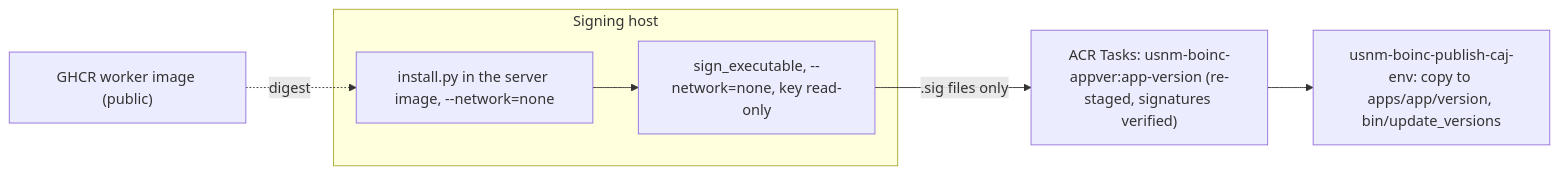
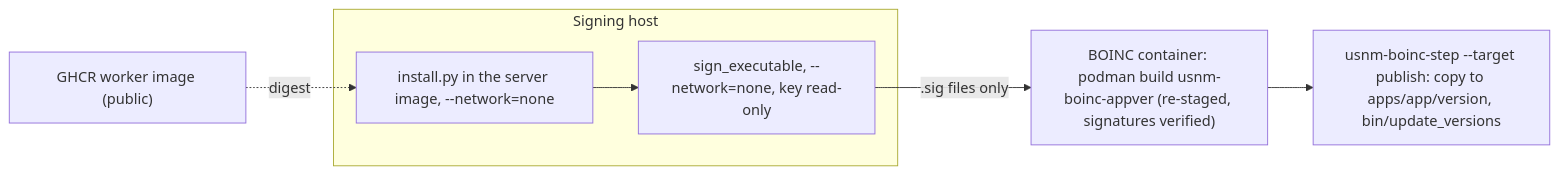
The diagram in docs/boinc/apps/app-release.md (tgoodyear/usnewsmap.com), drawn with Mermaid before and after one commit. The commit also changed other lines of this file and 10 other files, not shown here.

First line of the commit message:
docs(boinc/apps): one place each for releases, GPU admission and AMD

````diff
--- a/docs/boinc/apps/app-release.md
+++ b/docs/boinc/apps/app-release.md
@@ -504,9 +26,9 @@
 ```mermaid
 flowchart LR
   GH["GHCR worker image (public)"] -.digest.-> Stage
   subgraph sign [Signing host]
     Stage["install.py in the server image, --network=none"] --> Sign["sign_executable, --network=none, key read-only"]
   end
-  Sign -->|".sig files only"| Bake["ACR Tasks: usnm-boinc-appver:app-version (re-staged, signatures verified)"]
-  Bake --> Job["usnm-boinc-publish-caj-env: copy to apps/app/version, bin/update_versions"]
+  Sign -->|".sig files only"| Bake["BOINC container: podman build usnm-boinc-appver (re-staged, signatures verified)"]
+  Bake --> Pub["usnm-boinc-step --target publish: copy to apps/app/version, bin/update_versions"]
 ```
````
